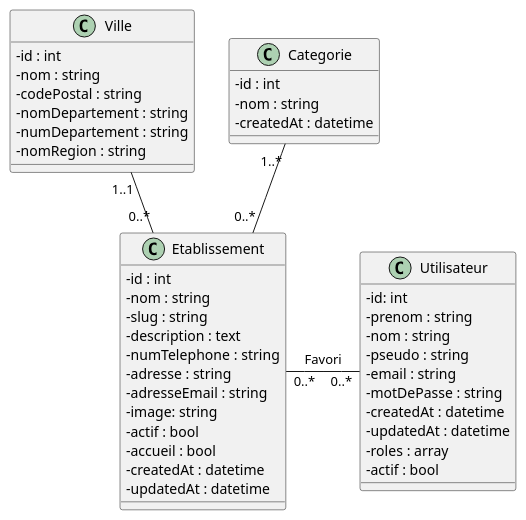
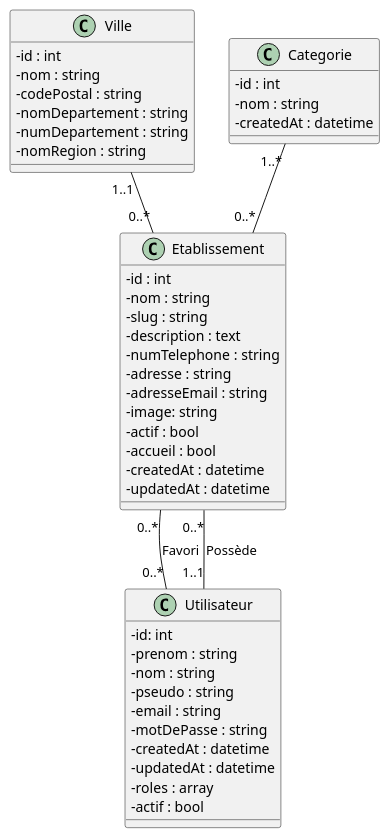
Before and after one commit to pgrvs/FC-Tourisme: the diagram in documentation/diagrammeDeClasses.puml, drawn with PlantUML. The commit also changed 18 other files, not shown here.

```diff
--- a/documentation/diagrammeDeClasses.puml
+++ b/documentation/diagrammeDeClasses.puml
@@ -1,50 +1,52 @@
 @startuml
 skinparam classAttributeIconSize 0
 
 class Etablissement {
     - id : int
     - nom : string
     - slug : string
     - description : text
     - numTelephone : string
     - adresse : string
     - adresseEmail : string
     - image: string
     - actif : bool
     - accueil : bool
     - createdAt : datetime
     - updatedAt : datetime
 }
 
 class Ville {
     - id : int
     - nom : string
     - codePostal : string
     - nomDepartement : string
     - numDepartement : string
     - nomRegion : string
 }
 
 class Categorie {
     - id : int
     - nom : string
     - createdAt : datetime
 }
 
 class Utilisateur {
     - id: int
     - prenom : string
     - nom : string
     - pseudo : string
     - email : string
     - motDePasse : string
     - createdAt : datetime
     - updatedAt : datetime
     - roles : array
     - actif : bool
 }
 
 Categorie"1..*"--"0..*"Etablissement
 Ville"1..1"--"0..*"Etablissement
-Etablissement"0..*"-"0..*"Utilisateur : Favori
+Etablissement"0..*"--"0..*"Utilisateur : Favori
+
+Etablissement"0..*"--"1..1"Utilisateur : Possède
 @enduml
```
